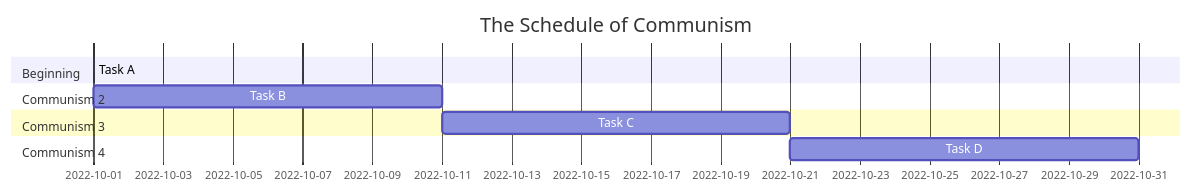
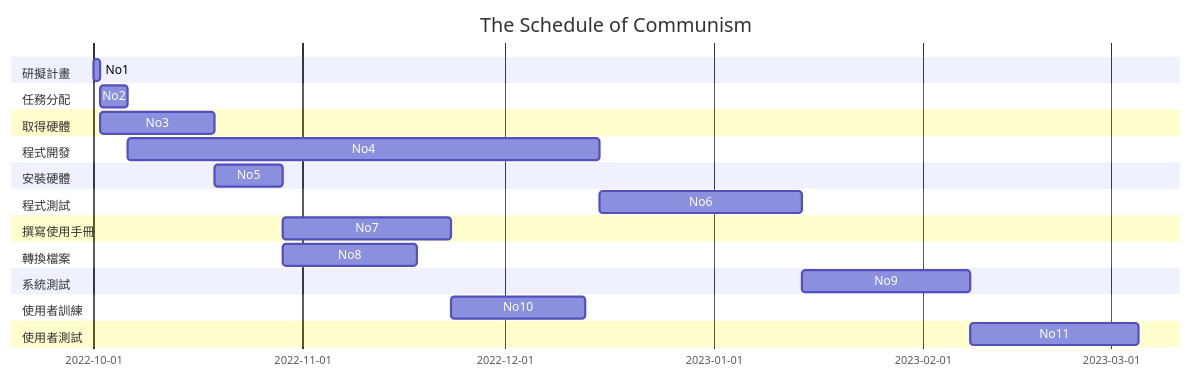
Before and after one commit to ZYLinked/ZYLinked: the diagram in hw2.md, drawn with Mermaid.

Commit message:
20221004
甘特圖跟PERT徒都完成了 就剩下小組跟zuvio

````diff
--- a/hw2.md
+++ b/hw2.md
@@ -2,13 +2,27 @@
 ```mermaid
 gantt
     title The Schedule of Communism
 
-    section Beginning
-    Task A      :active,  des1,2022-10-01  , 2022-10-04
-    section Communism 2
-    Task B      :         des2, after des1 , 10d
-    section Communism 3
-    Task C      :         des3, after des2  , 10d
-    section Communism 4
-    Task D      :         des4, after des3  , 10d
+    section 研擬計畫
+    No1      :         des1, 2022-10-01  , 1d
+    section 任務分配
+    No2      :         des2, after des1 , 4d
+    section 取得硬體
+    No3      :         des3, after des1  , 17d
+    section 程式開發
+    No4      :         des4, after des2  , 70d
+    section 安裝硬體
+    No5      :         des5, after des3  , 10d
+    section 程式測試
+    No6      :         des6, after des4  , 30d
+    section 撰寫使用手冊
+    No7      :         des7, after des5  , 25d
+    section 轉換檔案
+    No8      :         des8, after des5  , 20d
+    section 系統測試
+    No9      :         des9, after des6  , 25d
+    section 使用者訓練
+    No10     :         des10, after des7  , 20d
+    section 使用者測試
+    No11     :         des11, after des9  , 25d
 ```
````
